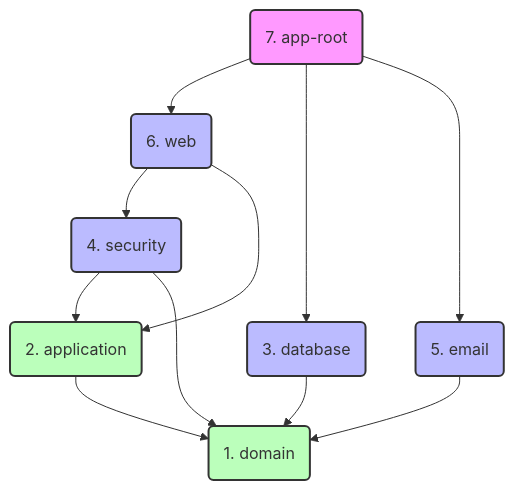
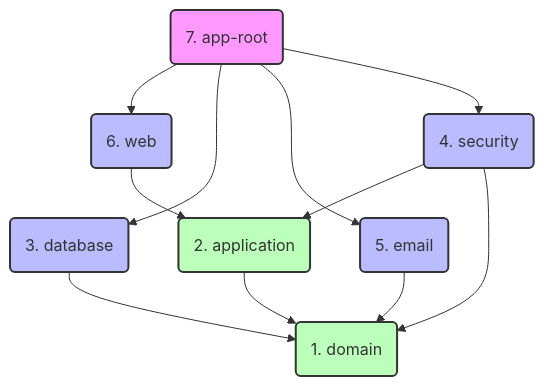
The diagram in docs/architecture.md (MatiasEsp404/security-backend), drawn with Mermaid before and after one commit. The commit also changed other lines of this file and 8 other files, not shown here.

Commit message:
The architectural violation Coupling between Infrastructure Adapters has been corrected.

````diff
--- a/docs/architecture.md
+++ b/docs/architecture.md
@@ -54,24 +54,24 @@
 ```mermaid
 graph TD;
     Root(7. app-root) --> Web(6. web)
     Root --> DB(3. database)
     Root --> Email(5. email)
+    Root --> Sec(4. security)
     
-    Web --> Sec(4. security)
     Web --> App(2. application)
     
     Sec --> App
     Sec --> Dom(1. domain)
     
     DB --> Dom
     Email --> Dom
     
     App --> Dom
     
     classDef External fill:#f9f,stroke:#333,stroke-width:2px;
     classDef Core fill:#bfb,stroke:#333,stroke-width:2px;
     classDef Outer fill:#bbf,stroke:#333,stroke-width:2px;
     class Root External;
     class Dom,App Core;
     class Web,DB,Sec,Email Outer;
 ```
````
